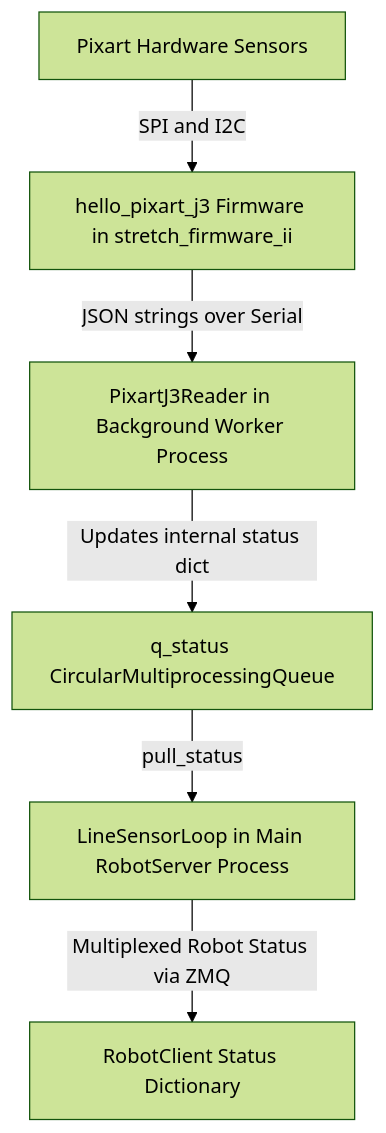
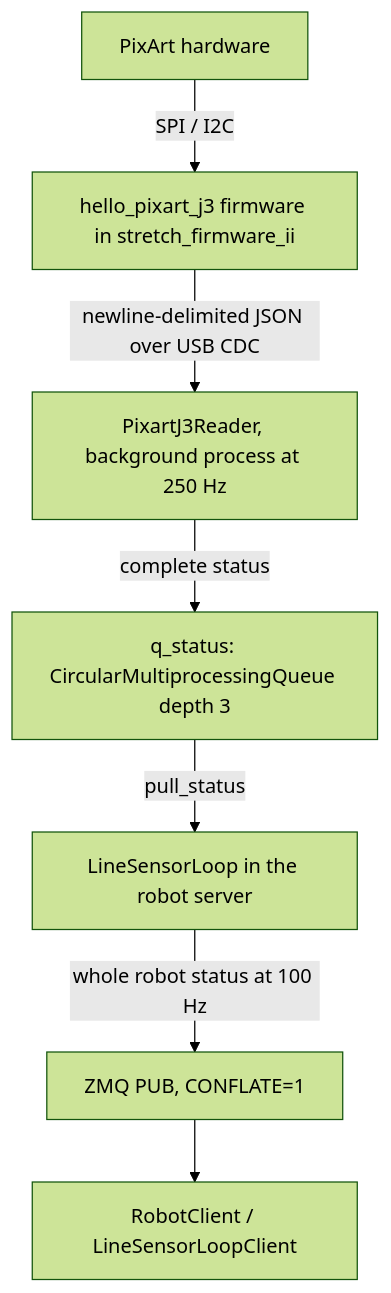
Before and after one commit to hello-robot/stretch4_body: the diagram in docs/primer_line_sensor.md, drawn with Mermaid (forest theme). The commit also changed other lines of this file and 12 other files, not shown here.

````diff
--- a/docs/primer_line_sensor.md
+++ b/docs/primer_line_sensor.md
@@ -61,8 +92,9 @@
 ```mermaid
 flowchart TD
-    A[Pixart Hardware Sensors] -->|SPI and I2C| B[hello_pixart_j3 Firmware in stretch_firmware_ii]
-    B -->|JSON strings over Serial| C[PixartJ3Reader in Background Worker Process]
-    C -->|Updates internal status dict| D[q_status CircularMultiprocessingQueue]
-    D -->|pull_status| E[LineSensorLoop in Main RobotServer Process]
-    E -->|Multiplexed Robot Status via ZMQ| F[RobotClient Status Dictionary]
+    A[PixArt hardware] -->|SPI / I2C| B[hello_pixart_j3 firmware in stretch_firmware_ii]
+    B -->|newline-delimited JSON over USB CDC| C[PixartJ3Reader, background process at 250 Hz]
+    C -->|complete status| D[q_status: CircularMultiprocessingQueue depth 3]
+    D -->|pull_status| E[LineSensorLoop in the robot server]
+    E -->|whole robot status at 100 Hz| F[ZMQ PUB, CONFLATE=1]
+    F --> G[RobotClient / LineSensorLoopClient]
 ```
````
